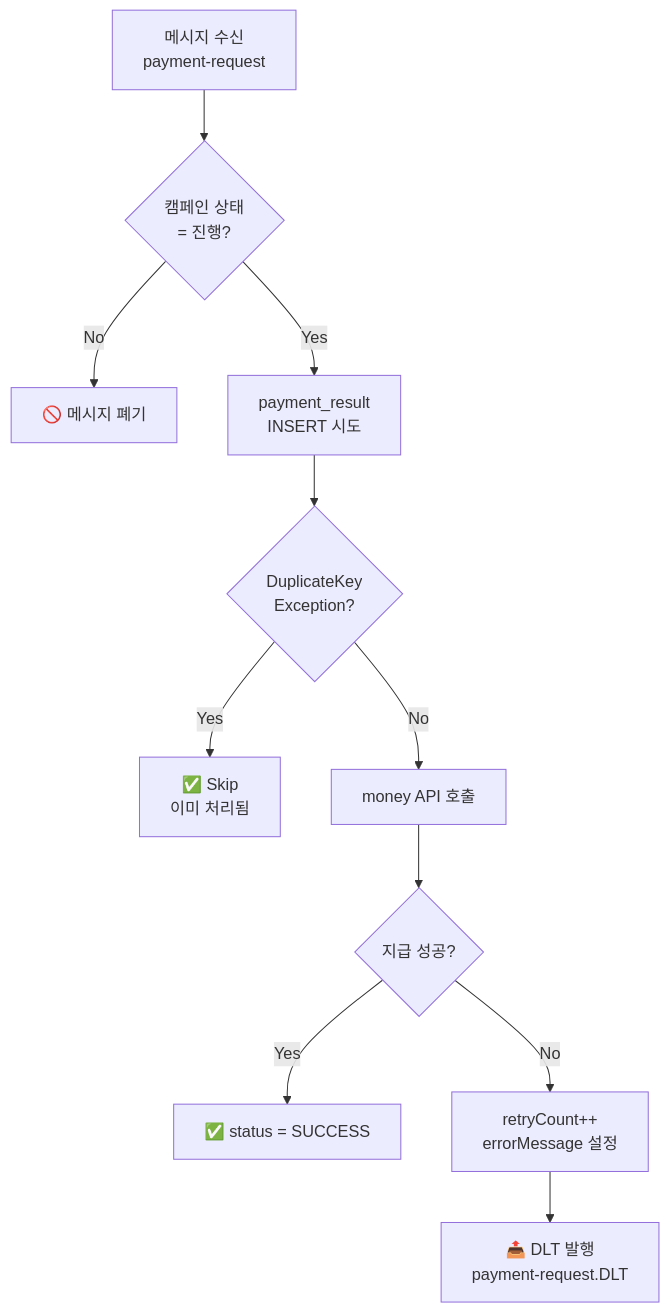
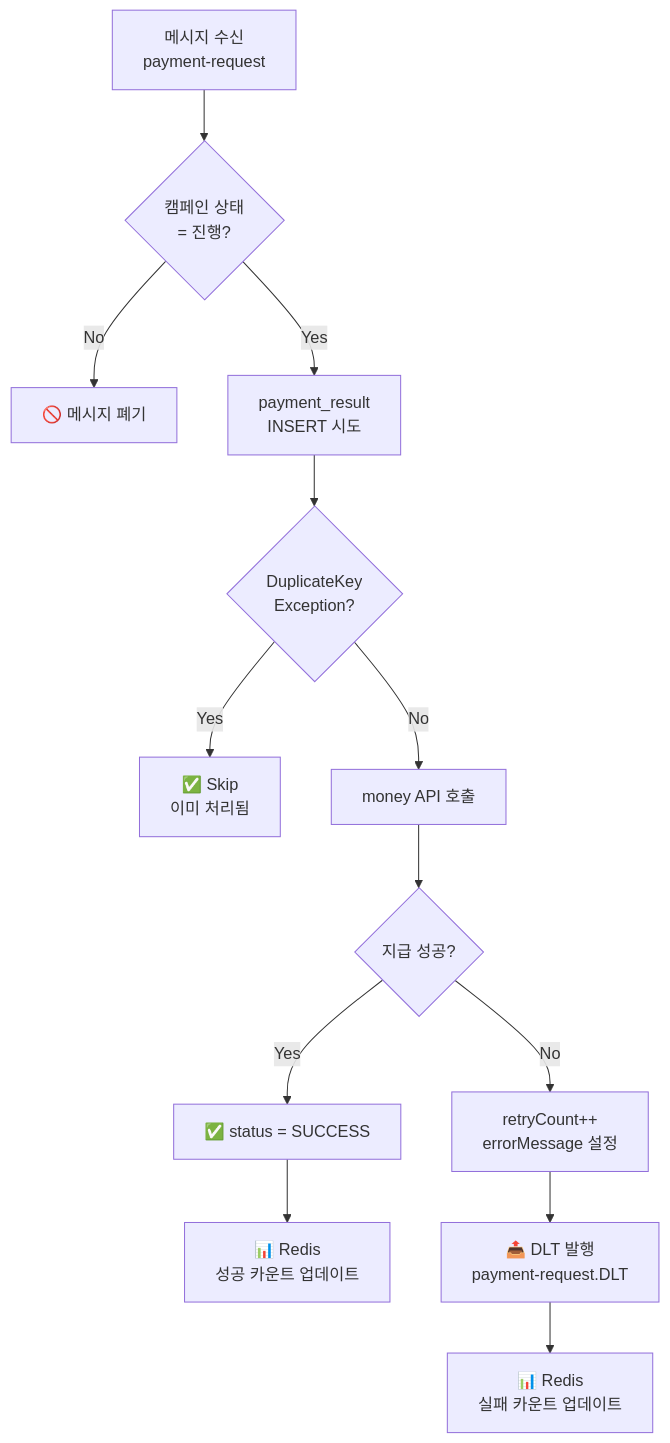
The fourth of 8 diagrams in 1. Project/2026_MP_대량 포인트 지급 시스템/02_Architecture.md (JiYoonKimjimmy/obsidian-vault), drawn with Mermaid before and after one commit. The commit also changed other lines of this file, not shown here.

````diff
--- a/1. Project/2026_MP_대량 포인트 지급 시스템/02_Architecture.md
+++ b/1. Project/2026_MP_대량 포인트 지급 시스템/02_Architecture.md
@@ -165,13 +196,15 @@
 ```mermaid
 flowchart TB
     A[메시지 수신<br/>payment-request] --> B{캠페인 상태<br/>= 진행?}
     B -->|No| C[🚫 메시지 폐기]
     B -->|Yes| D[payment_result<br/>INSERT 시도]
     D --> E{DuplicateKey<br/>Exception?}
     E -->|Yes| F[✅ Skip<br/>이미 처리됨]
     E -->|No| G[money API 호출]
     G --> H{지급 성공?}
     H -->|Yes| I[✅ status = SUCCESS]
+    I --> I2[📊 Redis<br/>성공 카운트 업데이트]
     H -->|No| J[retryCount++<br/>errorMessage 설정]
     J --> K[📤 DLT 발행<br/>payment-request.DLT]
+    K --> K2[📊 Redis<br/>실패 카운트 업데이트]
 ```
````
